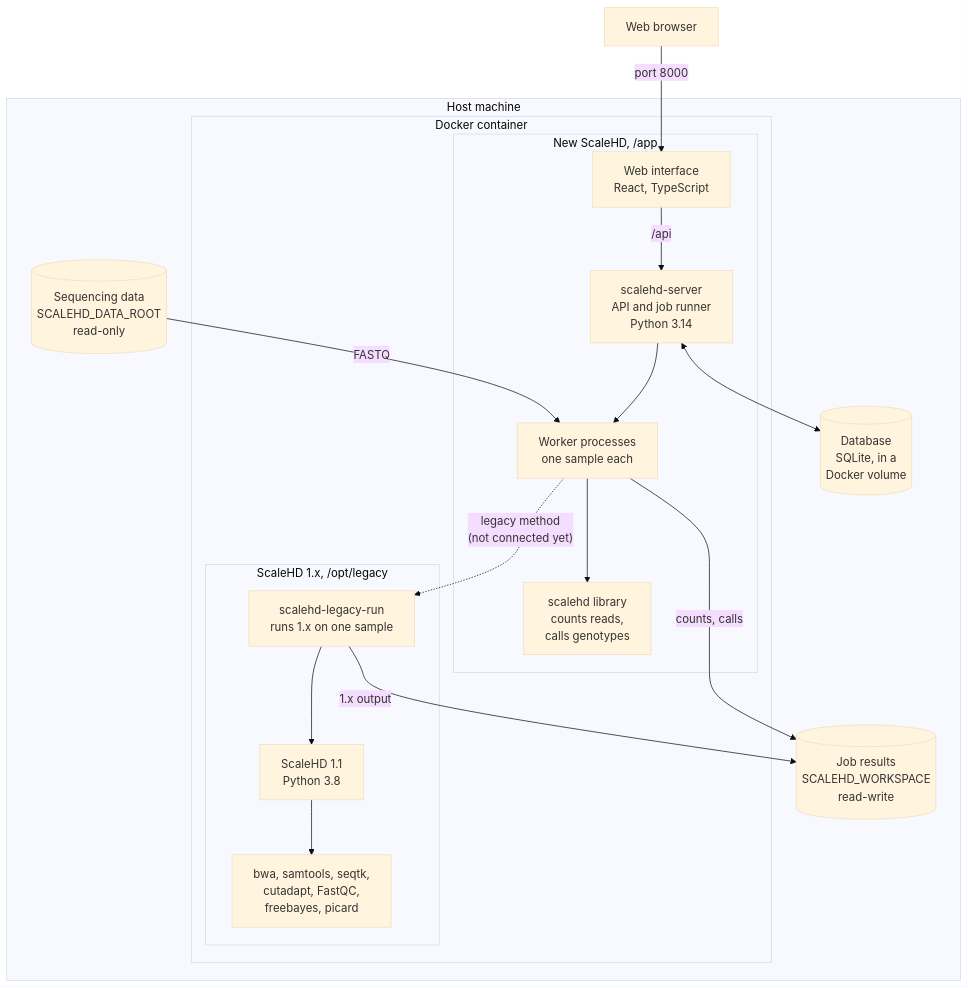
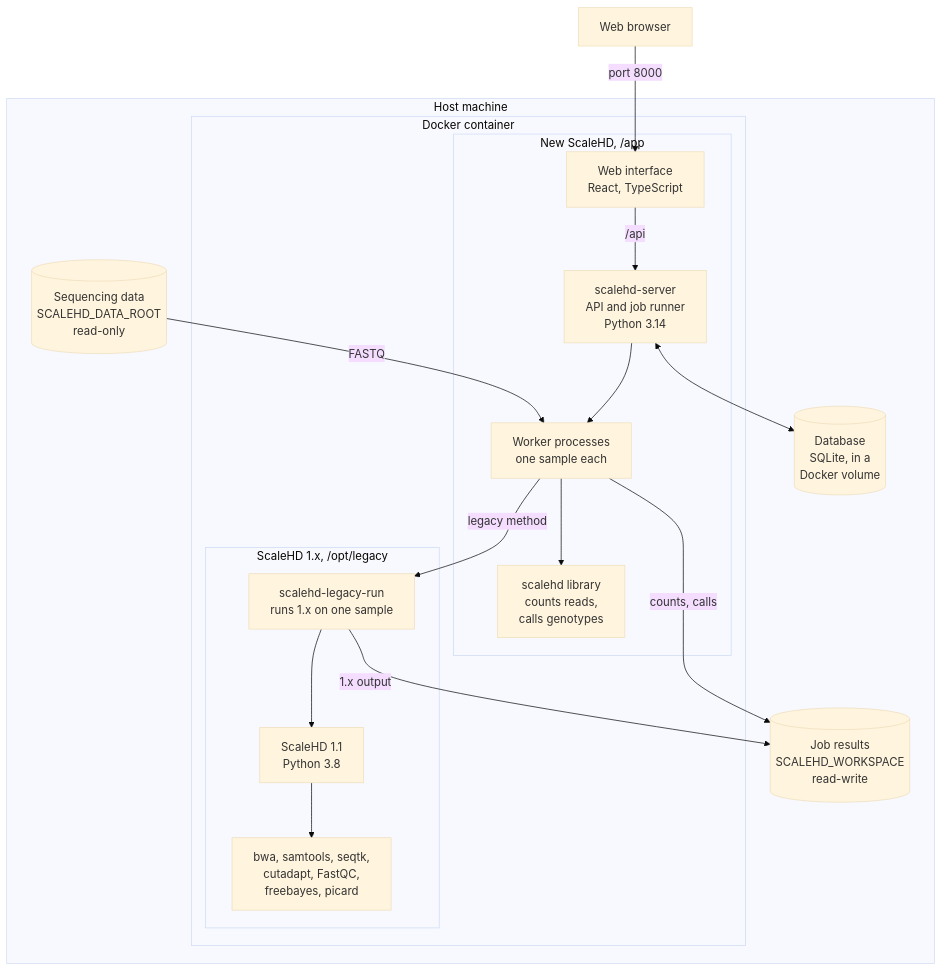
One commit to helloabunai/ScaleHD changed the diagram in README.md. Above: the diagram before and after it, drawn with Mermaid (base theme). The commit also changed other lines of this file and 7 other files, not shown here.

````diff
--- a/README.md
+++ b/README.md
@@ -22,37 +22,37 @@
 ```mermaid
 flowchart TB
     browser["Web browser"]
 
     subgraph host["Host machine"]
         data[("Sequencing data<br/>SCALEHD_DATA_ROOT<br/>read-only")]
         workspace[("Job results<br/>SCALEHD_WORKSPACE<br/>read-write")]
         volume[("Database<br/>SQLite, in a<br/>Docker volume")]
 
         subgraph container["Docker container"]
             subgraph app["New ScaleHD, /app"]
                 web["Web interface<br/>React, TypeScript"]
                 server["scalehd-server<br/>API and job runner<br/>Python 3.14"]
                 workers["Worker processes<br/>one sample each"]
                 core["scalehd library<br/>counts reads,<br/>calls genotypes"]
             end
 
             subgraph legacy["ScaleHD 1.x, /opt/legacy"]
                 runner["scalehd-legacy-run<br/>runs 1.x on one sample"]
                 old["ScaleHD 1.1<br/>Python 3.8"]
                 tools["bwa, samtools, seqtk,<br/>cutadapt, FastQC,<br/>freebayes, picard"]
             end
         end
     end
 
     browser -->|"port 8000"| web
     web -->|"/api"| server
     server <--> volume
     server --> workers
     workers --> core
-    workers -.->|"legacy method<br/>(not connected yet)"| runner
+    workers -->|"legacy method"| runner
     runner --> old
     old --> tools
     data -->|"FASTQ"| workers
     workers -->|"counts, calls"| workspace
     runner -->|"1.x output"| workspace
 ```
````
